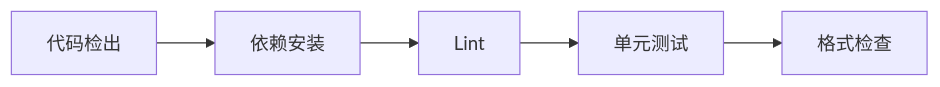
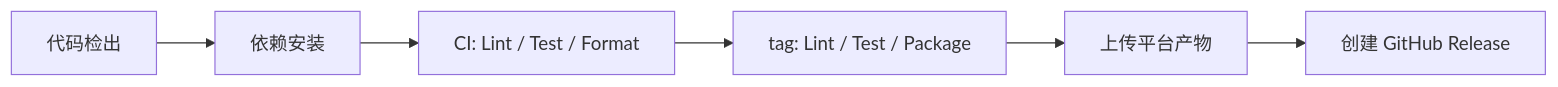
The diagram in .agent-workflow/workflows/13-ci-cd-pipeline.md (IriskaDev/dsh-desktop), drawn with Mermaid before and after one commit. The commit also changed other lines of this file and 16 other files, not shown here.

````diff
--- a/.agent-workflow/workflows/13-ci-cd-pipeline.md
+++ b/.agent-workflow/workflows/13-ci-cd-pipeline.md
@@ -44,7 +47,8 @@
 ```mermaid
 graph LR
     A[代码检出] --> B[依赖安装]
-    B --> C[Lint]
-    C --> D[单元测试]
-    D --> E[格式检查]
+    B --> C[CI: Lint / Test / Format]
+    C --> D[tag: Lint / Test / Package]
+    D --> E[上传平台产物]
+    E --> F[创建 GitHub Release]
 ```
````
